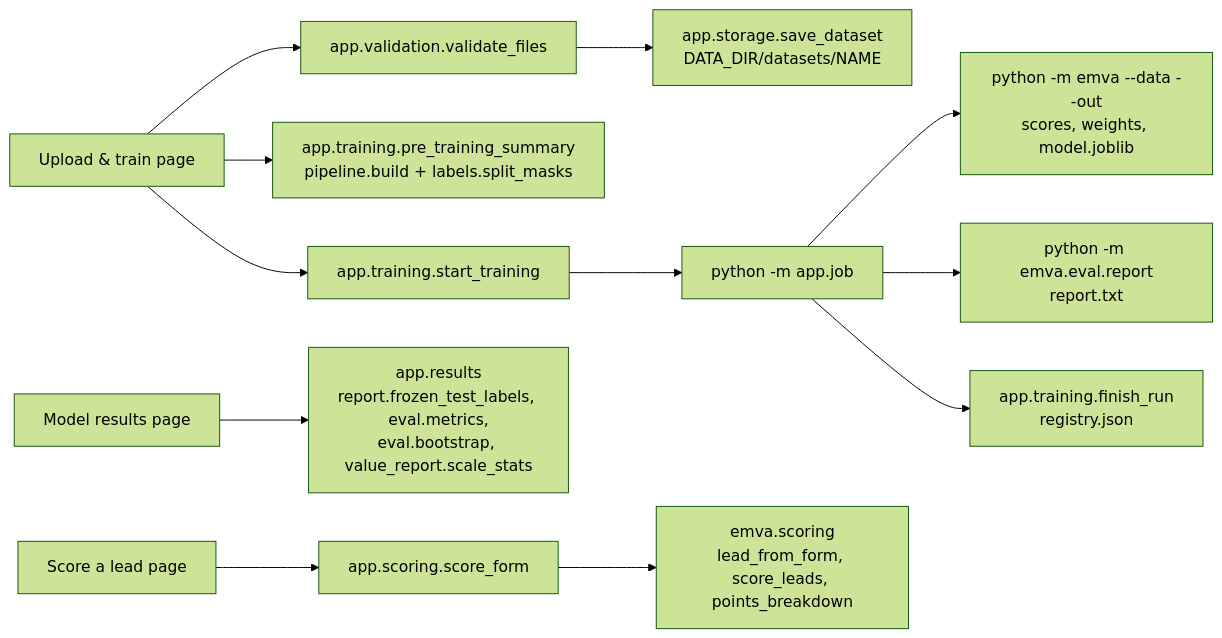
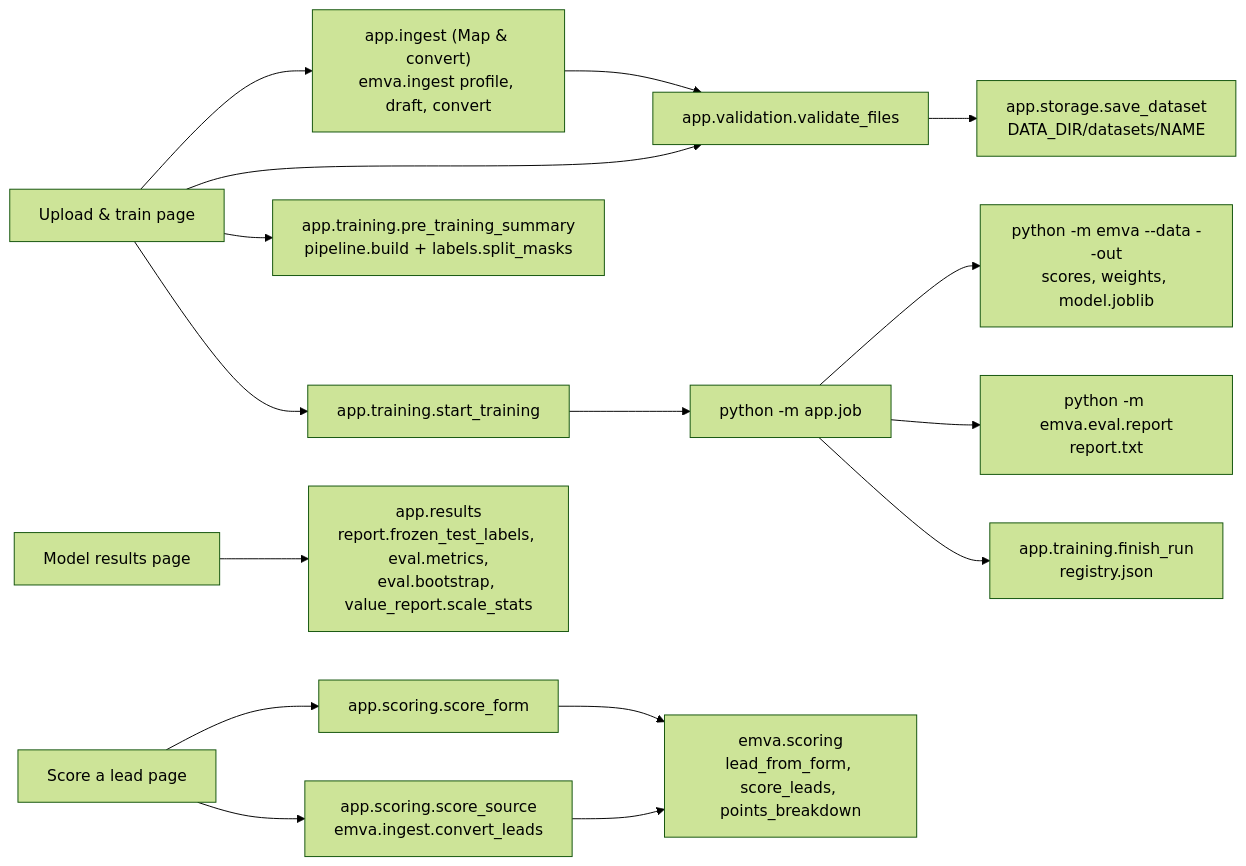
The fifth of 5 diagrams in docs/ARCHITECTURE.md (dsj-emva/learning-modal), drawn with Mermaid (forest theme) before and after one commit. The commit also changed other lines of this file and 4 other files, not shown here.

First line of the commit message:
Score page: source-format mode for runs on a converted dataset

````diff
--- a/docs/ARCHITECTURE.md
+++ b/docs/ARCHITECTURE.md
@@ -224,11 +224,13 @@
 ```mermaid
 flowchart LR
-    UP["Upload & train page"] --> VAL["app.validation.validate_files"] --> STORE["app.storage.save_dataset<br/>DATA_DIR/datasets/NAME"]
+    UP["Upload & train page"] --> ING["app.ingest (Map & convert)<br/>emva.ingest profile, draft, convert"] --> VAL
+    UP --> VAL["app.validation.validate_files"] --> STORE["app.storage.save_dataset<br/>DATA_DIR/datasets/NAME"]
     UP --> PRE["app.training.pre_training_summary<br/>pipeline.build + labels.split_masks"]
     UP --> START["app.training.start_training"] --> JOB["python -m app.job"]
     JOB --> CLI["python -m emva --data --out<br/>scores, weights, model.joblib"]
     JOB --> REP["python -m emva.eval.report<br/>report.txt"]
     JOB --> REG["app.training.finish_run<br/>registry.json"]
     RES["Model results page"] --> FR["app.results<br/>report.frozen_test_labels, eval.metrics,<br/>eval.bootstrap, value_report.scale_stats"]
     SC["Score a lead page"] --> AD["app.scoring.score_form"] --> ES["emva.scoring<br/>lead_from_form, score_leads, points_breakdown"]
+    SC --> SRC["app.scoring.score_source<br/>emva.ingest.convert_leads"] --> ES
 ```
````
